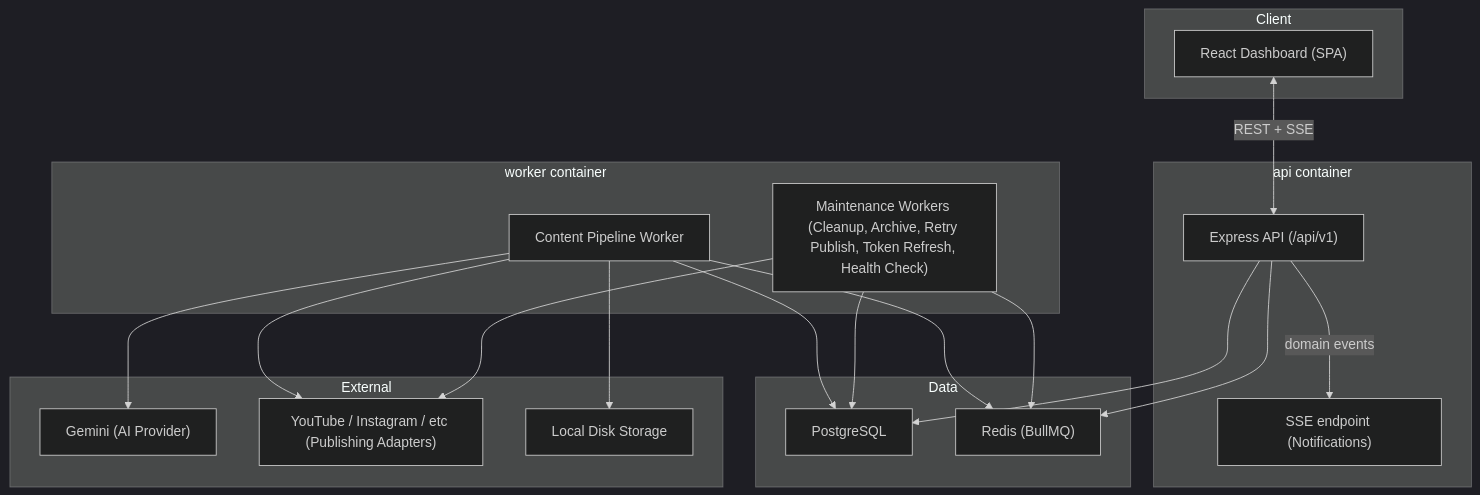
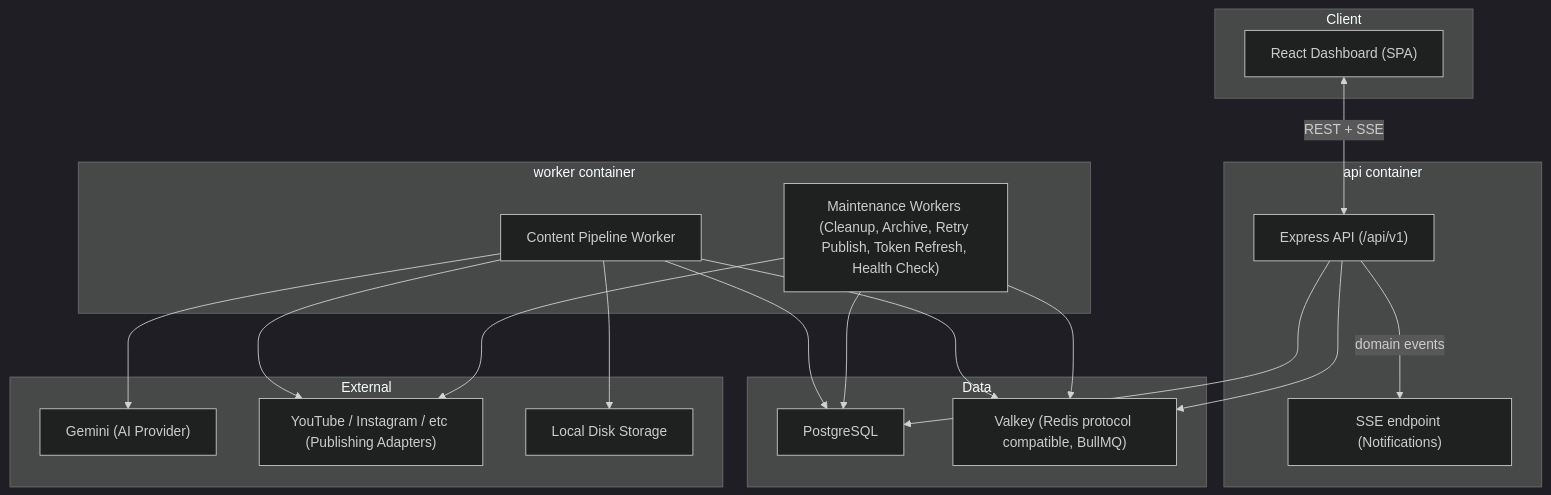
The first of 3 diagrams in docs/04-system-architecture.md (Affan-Codes/PublishIQ), drawn with Mermaid (dark theme) before and after one commit. The commit also changed other lines of this file and 23 other files, not shown here.

````diff
--- a/docs/04-system-architecture.md
+++ b/docs/04-system-architecture.md
@@ -13,40 +13,40 @@
 ```mermaid
 flowchart TB
     subgraph Client
         Dashboard["React Dashboard (SPA)"]
     end
 
     subgraph API_Container["api container"]
         API["Express API (/api/v1)"]
         SSE["SSE endpoint (Notifications)"]
     end
 
     subgraph Worker_Container["worker container"]
         WPipeline["Content Pipeline Worker"]
         WMaint["Maintenance Workers (Cleanup, Archive, Retry Publish, Token Refresh, Health Check)"]
     end
 
     subgraph Data
         PG["PostgreSQL"]
-        REDIS["Redis (BullMQ)"]
+        VALKEY["Valkey (Redis protocol compatible, BullMQ)"]
     end
 
     subgraph External
         GEMINI["Gemini (AI Provider)"]
         PLATFORMS["YouTube / Instagram / etc (Publishing Adapters)"]
         DISK["Local Disk Storage"]
     end
 
     Dashboard <-->|REST + SSE| API
     API --> PG
-    API --> REDIS
-    WPipeline --> REDIS
+    API --> VALKEY
+    WPipeline --> VALKEY
     WPipeline --> PG
     WPipeline --> GEMINI
     WPipeline --> PLATFORMS
     WPipeline --> DISK
-    WMaint --> REDIS
+    WMaint --> VALKEY
     WMaint --> PG
     WMaint --> PLATFORMS
     API -->|domain events| SSE
 ```
````
